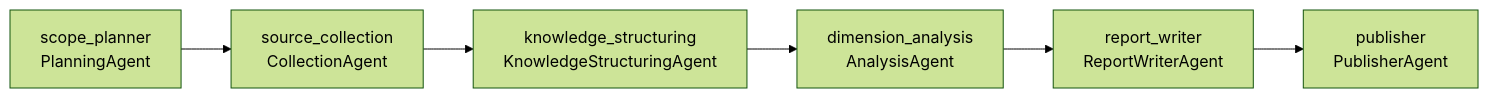
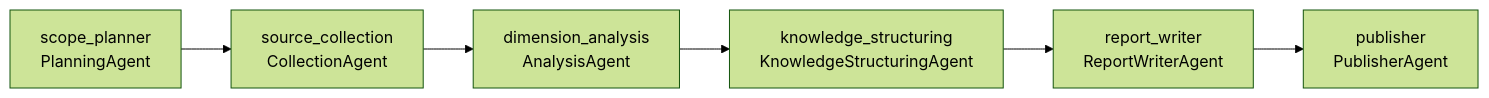
The second of 2 diagrams in README.md (ying123ww/rivalens), drawn with Mermaid (forest theme) before and after one commit. The commit also changed other lines of this file and 6 other files, not shown here.

Commit message:
The analysis agent now runs immediately after the quality/evidence review, instead of conducting centralized analysis only after knowledge structuring is completed.

````diff
--- a/README.md
+++ b/README.md
@@ -80,8 +80,8 @@
 ```mermaid
 flowchart LR
     A["scope_planner\nPlanningAgent"] --> B["source_collection\nCollectionAgent"]
-    B --> C["knowledge_structuring\nKnowledgeStructuringAgent"]
-    C --> D["dimension_analysis\nAnalysisAgent"]
-    D --> E["report_writer\nReportWriterAgent"]
+    B --> D["dimension_analysis\nAnalysisAgent"]
+    D --> C["knowledge_structuring\nKnowledgeStructuringAgent"]
+    C --> E["report_writer\nReportWriterAgent"]
     E --> F["publisher\nPublisherAgent"]
 ```
````
